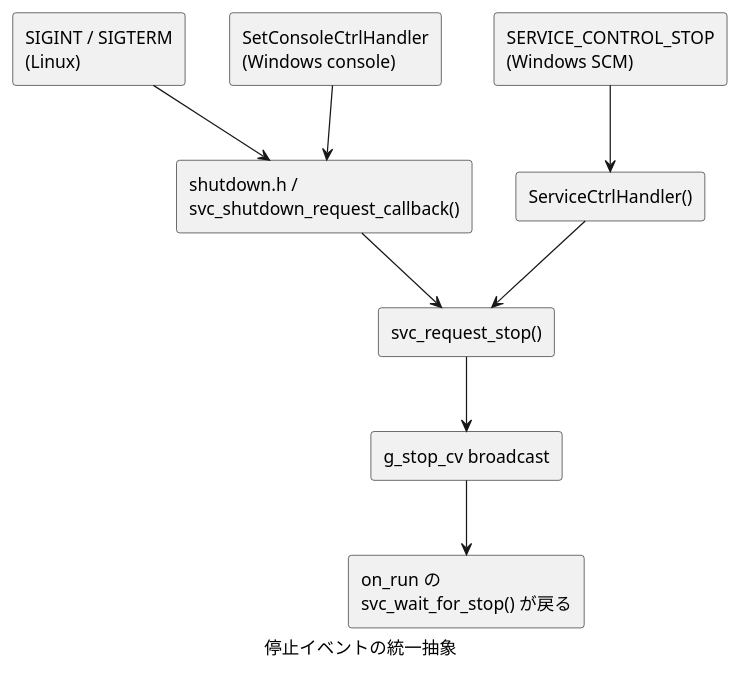
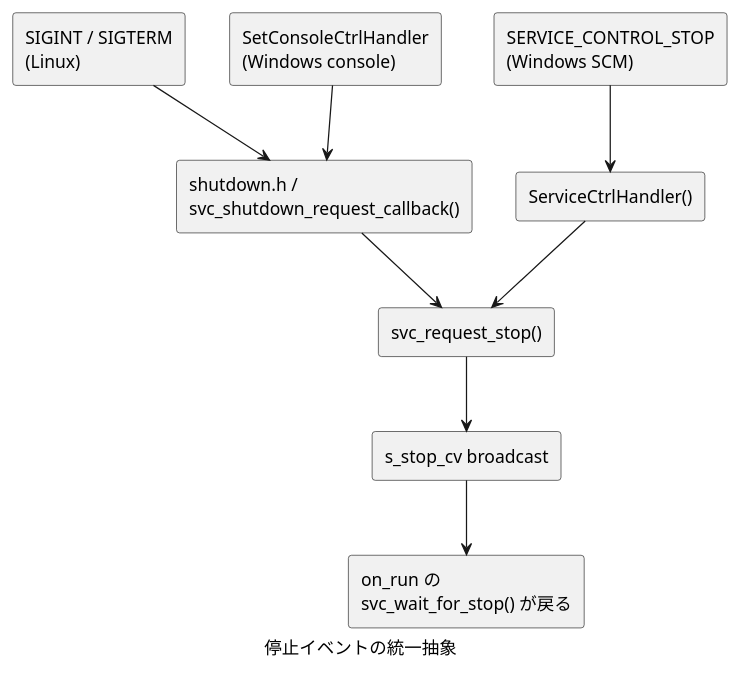
The second of 3 diagrams in app/service-sample/prod/src/cmd/service-sample/README.md (Hondarer/doxygen-sample), drawn with PlantUML before and after one commit. The commit also changed 68 other files, not shown here.

````diff
--- a/app/service-sample/prod/src/cmd/service-sample/README.md
+++ b/app/service-sample/prod/src/cmd/service-sample/README.md
@@ -65,21 +65,21 @@
 ```plantuml
 @startuml
     caption 停止イベントの統一抽象
     rectangle "SIGINT / SIGTERM\n(Linux)" as sig
     rectangle "SetConsoleCtrlHandler\n(Windows console)" as con
     rectangle "SERVICE_CONTROL_STOP\n(Windows SCM)" as scm
     rectangle "shutdown.h /\nsvc_shutdown_request_callback()" as sdh
     rectangle "ServiceCtrlHandler()" as sctl
     rectangle "svc_request_stop()" as req
-    rectangle "g_stop_cv broadcast" as cv
+    rectangle "s_stop_cv broadcast" as cv
     rectangle "on_run の\nsvc_wait_for_stop() が戻る" as wait
 
     sig --> sdh
     con --> sdh
     scm --> sctl
     sdh --> req
     sctl --> req
     req --> cv
     cv --> wait
 @enduml
 ```
````
